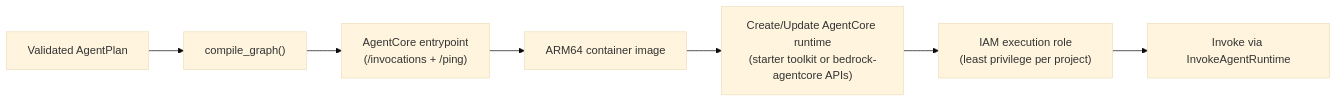
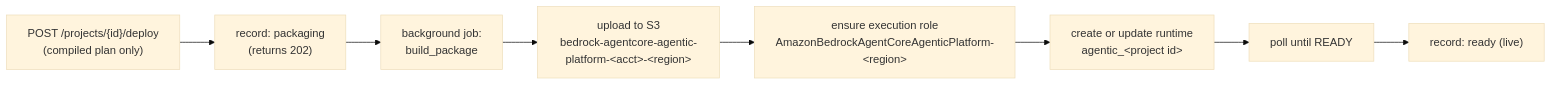
Before and after one commit to arnabbasakcwm/agentic-platform: the fifth of 5 diagrams in docs/systemDescription.md, drawn with Mermaid (base theme). The commit also changed other lines of this file and 26 other files, not shown here.

First line of the commit message:
Add AgentCore deployment, platform-owned run limits, and decision log

````diff
--- a/docs/systemDescription.md
+++ b/docs/systemDescription.md
@@ -505,9 +518,10 @@
 ```mermaid
 flowchart LR
-    A["Validated AgentPlan"] --> B["compile_graph()"]
-    B --> C["AgentCore entrypoint<br/>(/invocations + /ping)"]
-    C --> D["ARM64 container image"]
-    D --> E["Create/Update AgentCore runtime<br/>(starter toolkit or bedrock-agentcore APIs)"]
-    E --> F["IAM execution role<br/>(least privilege per project)"]
-    F --> G["Invoke via InvokeAgentRuntime"]
+    A["POST /projects/{id}/deploy<br/>(compiled plan only)"] --> B["record: packaging<br/>(returns 202)"]
+    B --> C["background job:<br/>build_package"]
+    C --> D["upload to S3<br/>bedrock-agentcore-agentic-platform-&lt;acct&gt;-&lt;region&gt;"]
+    D --> E["ensure execution role<br/>AmazonBedrockAgentCoreAgenticPlatform-&lt;region&gt;"]
+    E --> F["create or update runtime<br/>agentic_&lt;project id&gt;"]
+    F --> G["poll until READY"]
+    G --> H["record: ready (live)"]
 ```
````
